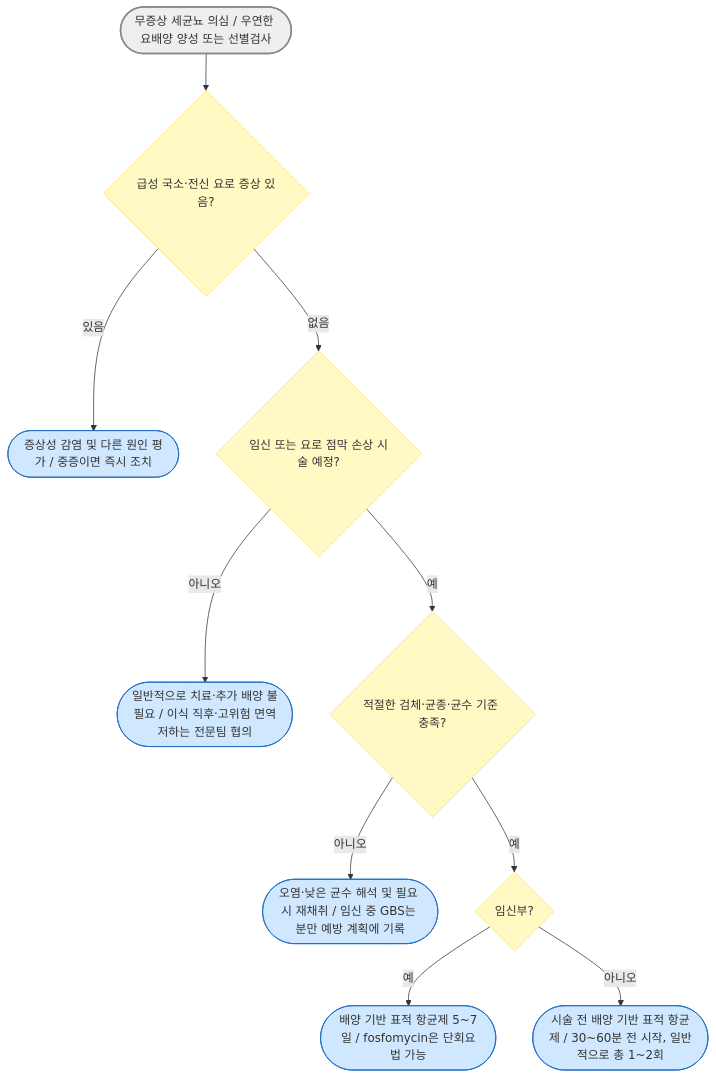
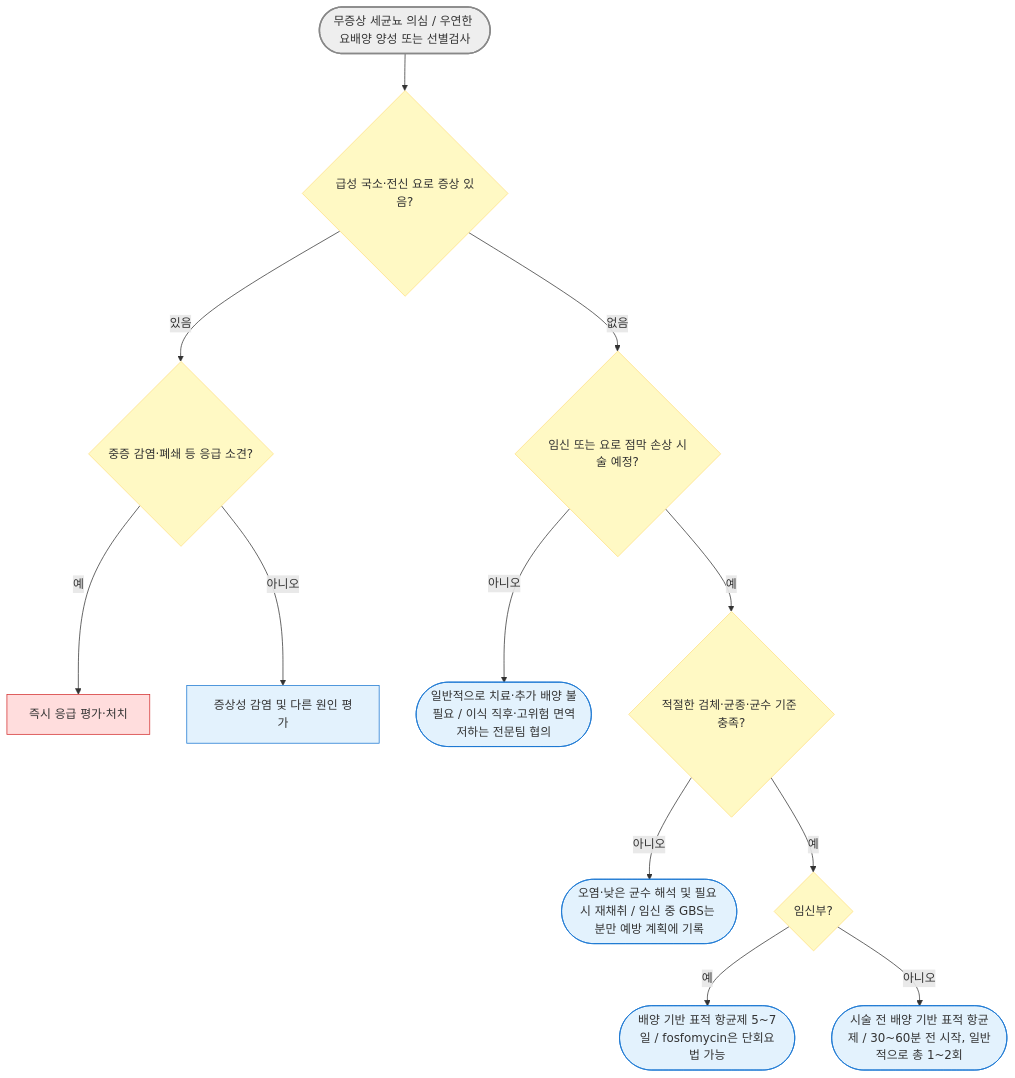
One commit to familyoh77/familyoh77 changed the diagram in 227_/114_-asymptomatic-bacteriuria.md. Above: the diagram before and after it, drawn with Mermaid. The commit also changed other lines of this file and 10 other files, not shown here.

````diff
--- a/227_/114_-asymptomatic-bacteriuria.md
+++ b/227_/114_-asymptomatic-bacteriuria.md
@@ -77,18 +77,21 @@
 ```mermaid
 flowchart TD
     A(["무증상 세균뇨 의심 / 우연한 요배양 양성 또는 선별검사"]) --> B{"급성 국소·전신 요로 증상 있음?"}
-    B -- 있음 --> C(["증상성 감염 및 다른 원인 평가 / 중증이면 즉시 조치"])
-    B -- 없음 --> D{"임신 또는 요로 점막 손상 시술 예정?"}
-    D -- 아니오 --> E(["일반적으로 치료·추가 배양 불필요 / 이식 직후·고위험 면역저하는 전문팀 협의"])
-    D -- 예 --> F{"적절한 검체·균종·균수 기준 충족?"}
-    F -- 아니오 --> G(["오염·낮은 균수 해석 및 필요 시 재채취 / 임신 중 GBS는 분만 예방 계획에 기록"])
-    F -- 예 --> H{"임신부?"}
-    H -- 예 --> I(["배양 기반 표적 항균제 5~7일 / fosfomycin은 단회요법 가능"])
-    H -- 아니오 --> J(["시술 전 배양 기반 표적 항균제 / 30~60분 전 시작, 일반적으로 총 1~2회"])
+    B -- "있음" --> U{"중증 감염·폐쇄 등 응급 소견?"}
+    U -- "예" --> ER["즉시 응급 평가·처치"]
+    U -- "아니오" --> C["증상성 감염 및 다른 원인 평가"]
+    B -- "없음" --> D{"임신 또는 요로 점막 손상 시술 예정?"}
+    D -- "아니오" --> E(["일반적으로 치료·추가 배양 불필요 / 이식 직후·고위험 면역저하는 전문팀 협의"])
+    D -- "예" --> F{"적절한 검체·균종·균수 기준 충족?"}
+    F -- "아니오" --> G(["오염·낮은 균수 해석 및 필요 시 재채취 / 임신 중 GBS는 분만 예방 계획에 기록"])
+    F -- "예" --> H{"임신부?"}
+    H -- "예" --> I(["배양 기반 표적 항균제 5~7일 / fosfomycin은 단회요법 가능"])
+    H -- "아니오" --> J(["시술 전 배양 기반 표적 항균제 / 30~60분 전 시작, 일반적으로 총 1~2회"])
 
     classDef decision fill:#fff9c4,stroke:#ffe082
-    classDef endpoint fill:#d0e8ff,stroke:#1a6abf
-    class B,D,F,H decision
+    classDef endpoint fill:#e3f2fd,stroke:#1976d2
+    class B,D,F,H,U decision
+    style ER fill:#ffdddd,stroke:#d32f2f
     class C,E,G,I,J endpoint
     style A fill:#eeeeee,stroke:#888888,stroke-width:2px
 ```
````
